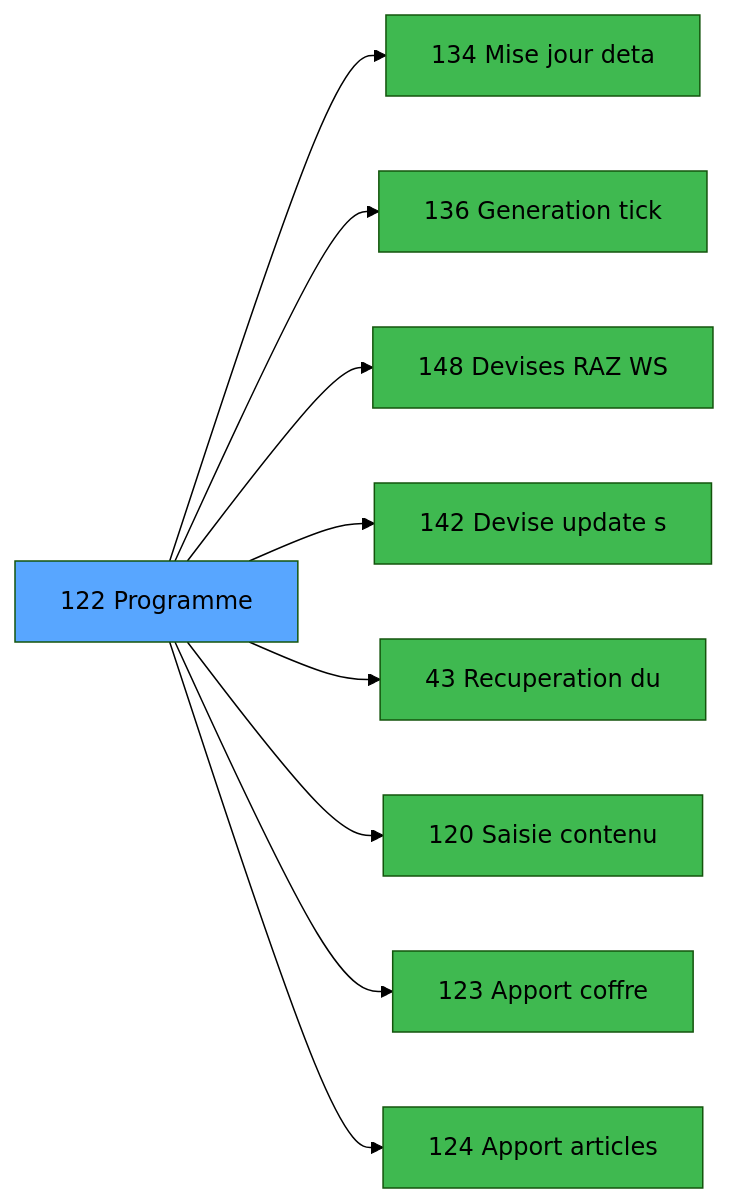
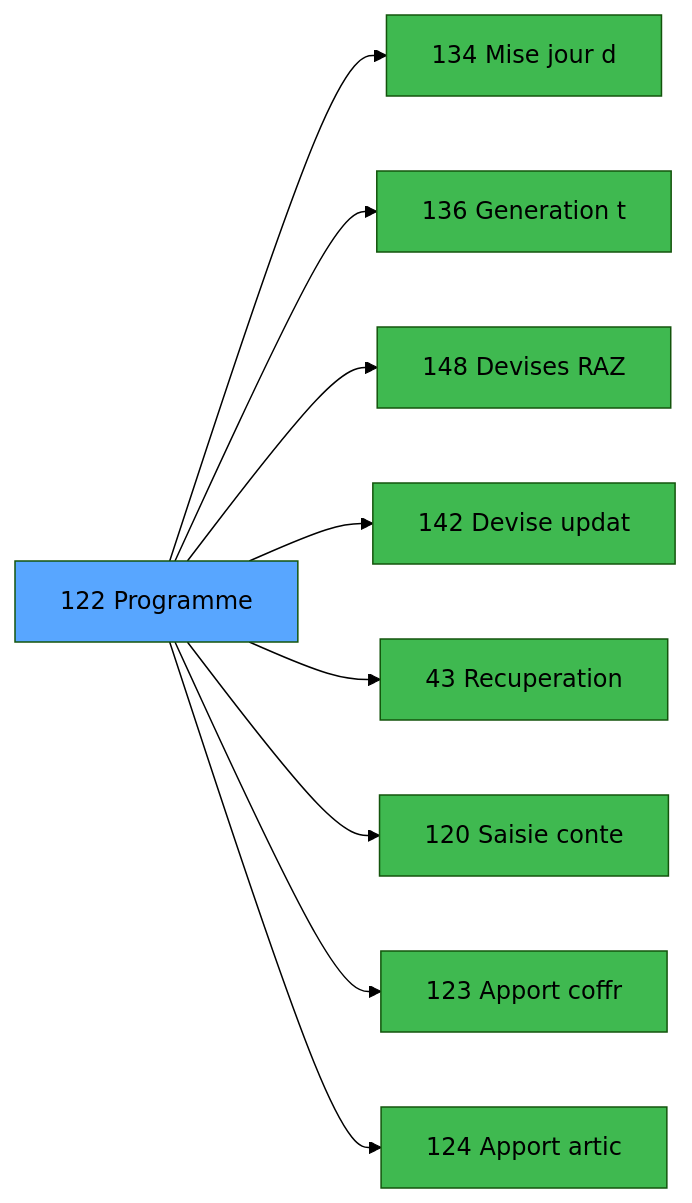
The third of 3 diagrams in .openspec/specs/ADH-IDE-122.md (thonyAGP/magic-migration), drawn with Mermaid (forest theme) before and after one commit. The commit also changed other lines of this file and 323 other files, not shown here.

````diff
--- a/.openspec/specs/ADH-IDE-122.md
+++ b/.openspec/specs/ADH-IDE-122.md
@@ -118,29 +144,29 @@
 ```mermaid
 graph LR
     T[122 Programme]
-    C134[134 Mise  jour deta]
+    C134[134 Mise  jour d]
     T --> C134
-    C136[136 Generation tick]
+    C136[136 Generation t]
     T --> C136
-    C148[148 Devises RAZ WS]
+    C148[148 Devises RAZ ]
     T --> C148
-    C142[142 Devise update s]
+    C142[142 Devise updat]
     T --> C142
-    C43[43 Recuperation du]
+    C43[43 Recuperation]
     T --> C43
-    C120[120 Saisie contenu ]
+    C120[120 Saisie conte]
     T --> C120
-    C123[123 Apport coffre]
+    C123[123 Apport coffr]
     T --> C123
-    C124[124 Apport articles]
+    C124[124 Apport artic]
     T --> C124
     style T fill:#58a6ff,color:#000
     style C134 fill:#3fb950
     style C136 fill:#3fb950
     style C148 fill:#3fb950
     style C142 fill:#3fb950
     style C43 fill:#3fb950
     style C120 fill:#3fb950
     style C123 fill:#3fb950
     style C124 fill:#3fb950
 ```
````
